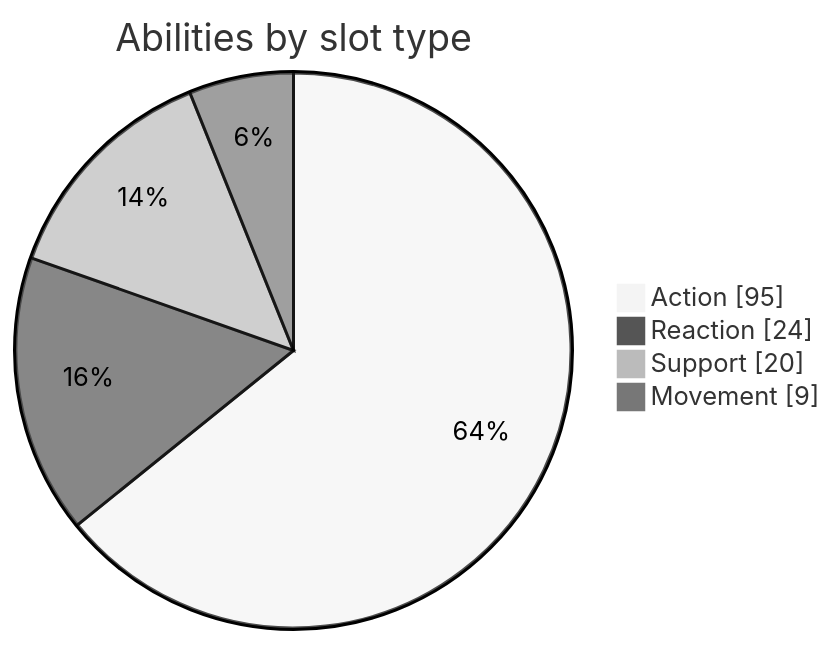
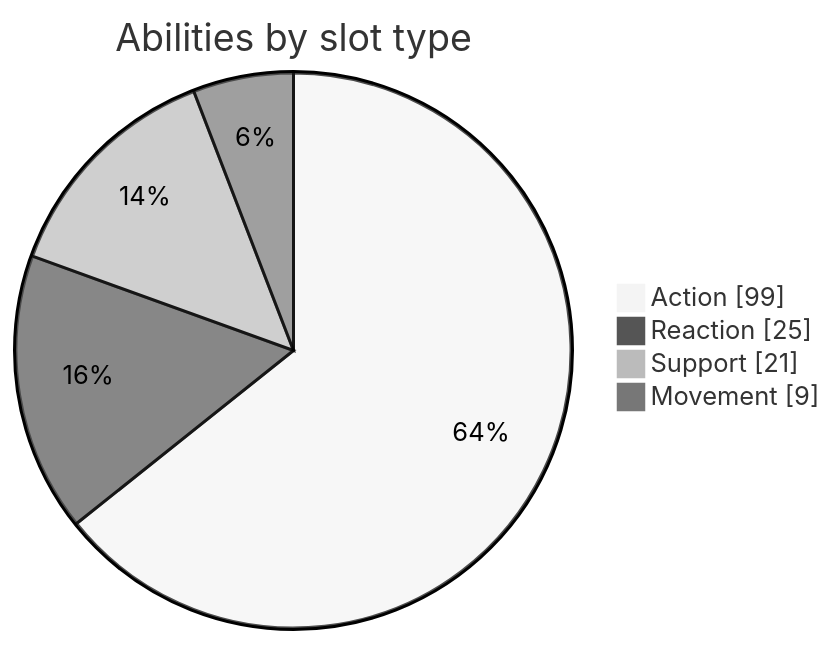
Before and after one commit to CptNope/Chess-RPG-Tactics: the second of 4 diagrams in docs/CONTENT_REFERENCE.md, drawn with Mermaid (neutral theme). The commit also changed other lines of this file and 36 other files, not shown here.

````diff
--- a/docs/CONTENT_REFERENCE.md
+++ b/docs/CONTENT_REFERENCE.md
@@ -154,7 +158,7 @@
 ```mermaid
 pie showData title Abilities by slot type
-  "Action" : 95
-  "Reaction" : 24
-  "Support" : 20
+  "Action" : 99
+  "Reaction" : 25
+  "Support" : 21
   "Movement" : 9
 ```
````
